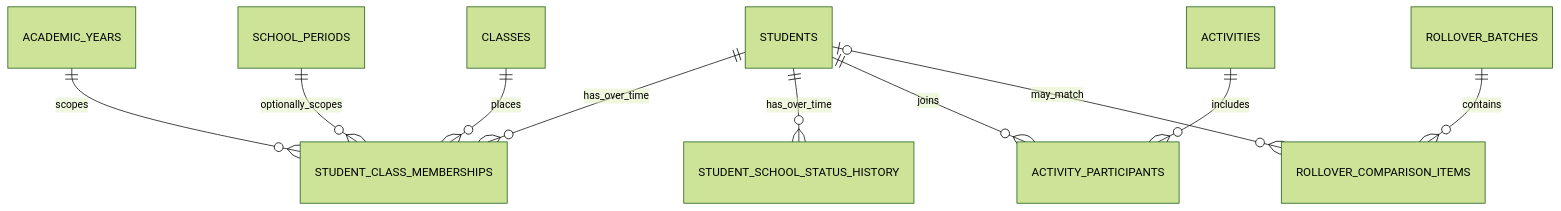
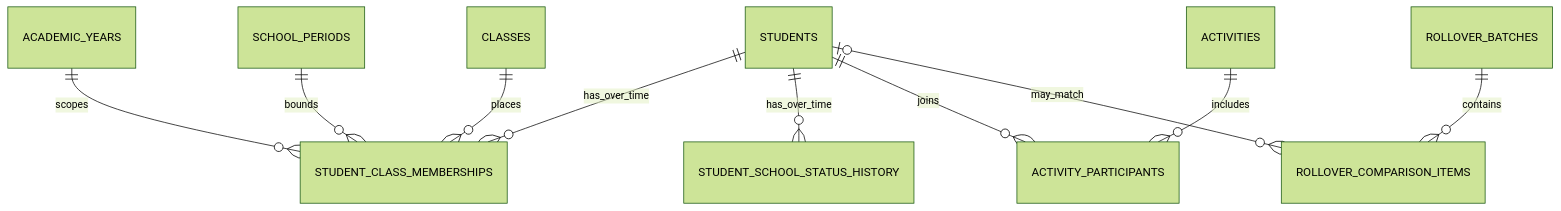
Diagram 15 of 24 in output/English/Core data relationships.md (heison-octopus/testing-port), drawn with Mermaid (forest theme) before and after one commit. The commit also changed other lines of this file and 200 other files, not shown here.

````diff
--- a/output/English/Core data relationships.md
+++ b/output/English/Core data relationships.md
@@ -1131,12 +1151,12 @@
 ```mermaid
 erDiagram
     STUDENTS ||--o{ STUDENT_CLASS_MEMBERSHIPS : has_over_time
     STUDENTS ||--o{ STUDENT_SCHOOL_STATUS_HISTORY : has_over_time
     ACADEMIC_YEARS ||--o{ STUDENT_CLASS_MEMBERSHIPS : scopes
-    SCHOOL_PERIODS ||--o{ STUDENT_CLASS_MEMBERSHIPS : optionally_scopes
+    SCHOOL_PERIODS ||--o{ STUDENT_CLASS_MEMBERSHIPS : bounds
     CLASSES ||--o{ STUDENT_CLASS_MEMBERSHIPS : places
     STUDENTS ||--o{ ACTIVITY_PARTICIPANTS : joins
     ACTIVITIES ||--o{ ACTIVITY_PARTICIPANTS : includes
     ROLLOVER_BATCHES ||--o{ ROLLOVER_COMPARISON_ITEMS : contains
     STUDENTS o|--o{ ROLLOVER_COMPARISON_ITEMS : may_match
 ```
````
